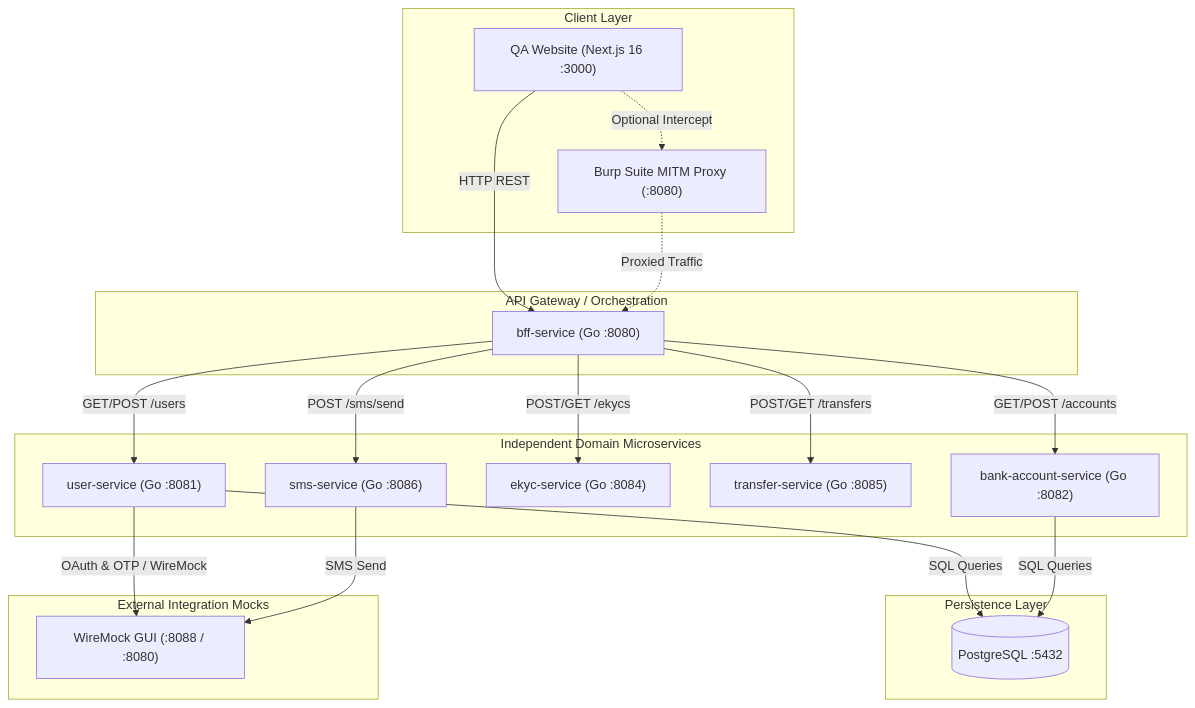
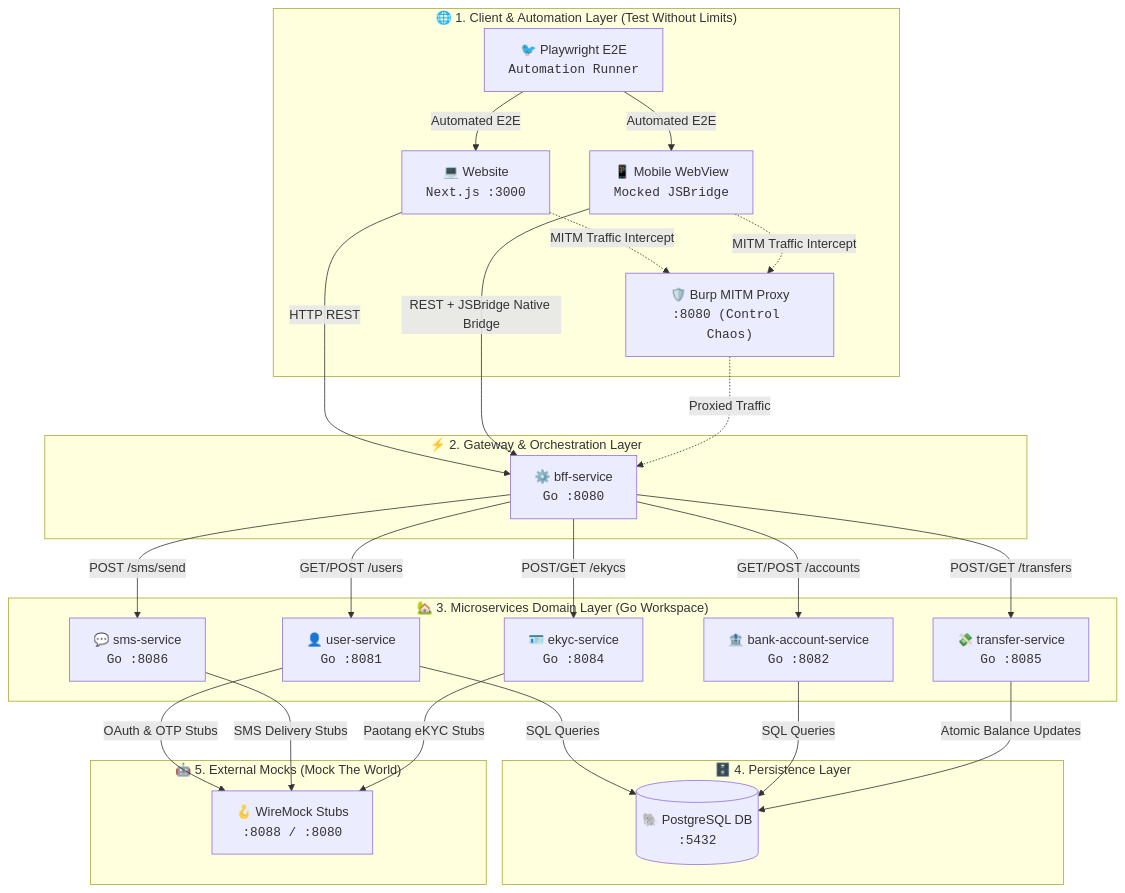
One commit to SiwakornSitti/ultra-smoooooth-testing changed the diagram in WORKSHOP.md. Above: the diagram before and after it, drawn with Mermaid. The commit also changed other lines of this file and 37 other files, not shown here.

Commit message:
feat: add standalone otp-service and paotang-service core microservices with WireMock proxy integration and topology docs

````diff
--- a/WORKSHOP.md
+++ b/WORKSHOP.md
@@ -9,43 +11,51 @@
 ```mermaid
 flowchart TD
-    subgraph Clients["Client Layer"]
-        Website["QA Website (Next.js 16 :3000)"]
-        Burp["Burp Suite MITM Proxy (:8080)"]
+    subgraph Clients["🌐 1. Client & Automation Layer (Test Without Limits)"]
+        Website["💻 Website<br/><code>Next.js :3000</code>"]
+        BridgeWebsite["📱 Mobile WebView<br/><code>Mocked JSBridge</code>"]
+        Playwright["🐦 Playwright E2E<br/><code>Automation Runner</code>"]
+        Burp["🛡️ Burp MITM Proxy<br/><code>:8080 (Control Chaos)</code>"]
     end
 
-    subgraph API_Gateway["API Gateway / Orchestration"]
-        BFF["bff-service (Go :8080)"]
+    subgraph API_Gateway["⚡ 2. Gateway & Orchestration Layer"]
+        BFF["⚙️ bff-service<br/><code>Go :8080</code>"]
     end
 
-    subgraph Core_Services["Independent Domain Microservices"]
-        UserService["user-service (Go :8081)"]
-        BankService["bank-account-service (Go :8082)"]
-        EKYCService["ekyc-service (Go :8084)"]
-        TransferService["transfer-service (Go :8085)"]
-        SMSService["sms-service (Go :8086)"]
+    subgraph Core_Services["🏡 3. Microservices Domain Layer (Go Workspace)"]
+        UserService["👤 user-service<br/><code>Go :8081</code>"]
+        BankService["🏦 bank-account-service<br/><code>Go :8082</code>"]
+        EKYCService["🪪 ekyc-service<br/><code>Go :8084</code>"]
+        TransferService["💸 transfer-service<br/><code>Go :8085</code>"]
+        SMSService["💬 sms-service<br/><code>Go :8086</code>"]
     end
 
-    subgraph Persistence["Persistence Layer"]
-        DB[(PostgreSQL :5432)]
+    subgraph Persistence["🗄️ 4. Persistence Layer"]
+        DB[("🐘 PostgreSQL DB<br/><code>:5432</code>")]
     end
 
-    subgraph External_Mocks["External Integration Mocks"]
-        WireMock["WireMock GUI (:8088 / :8080)"]
+    subgraph External_Mocks["🤖 5. External Mocks (Mock The World)"]
+        WireMock["🪝 WireMock Stubs<br/><code>:8088 / :8080</code>"]
     end
 
     Website -->|HTTP REST| BFF
-    Website -.->|Optional Intercept| Burp
+    BridgeWebsite -->|REST + JSBridge Native Bridge| BFF
+    Playwright -->|Automated E2E| Website
+    Playwright -->|Automated E2E| BridgeWebsite
+    Website -.->|MITM Traffic Intercept| Burp
+    BridgeWebsite -.->|MITM Traffic Intercept| Burp
     Burp -.->|Proxied Traffic| BFF
 
     BFF -->|GET/POST /users| UserService
     BFF -->|GET/POST /accounts| BankService
     BFF -->|POST/GET /ekycs| EKYCService
     BFF -->|POST/GET /transfers| TransferService
     BFF -->|POST /sms/send| SMSService
 
     UserService -->|SQL Queries| DB
     BankService -->|SQL Queries| DB
+    TransferService -->|Atomic Balance Updates| DB
 
-    UserService -->|OAuth & OTP / WireMock| WireMock
-    SMSService -->|SMS Send| WireMock
+    UserService -->|OAuth & OTP Stubs| WireMock
+    SMSService -->|SMS Delivery Stubs| WireMock
+    EKYCService -->|Paotang eKYC Stubs| WireMock
 ```
````
